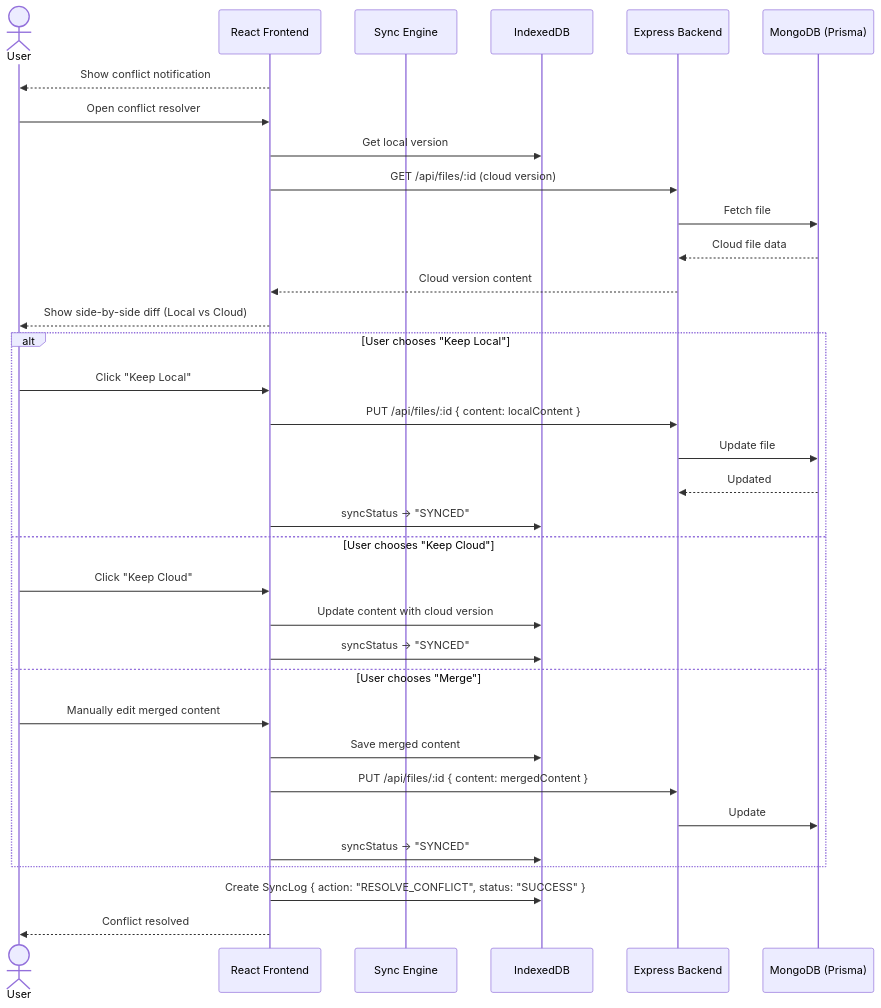
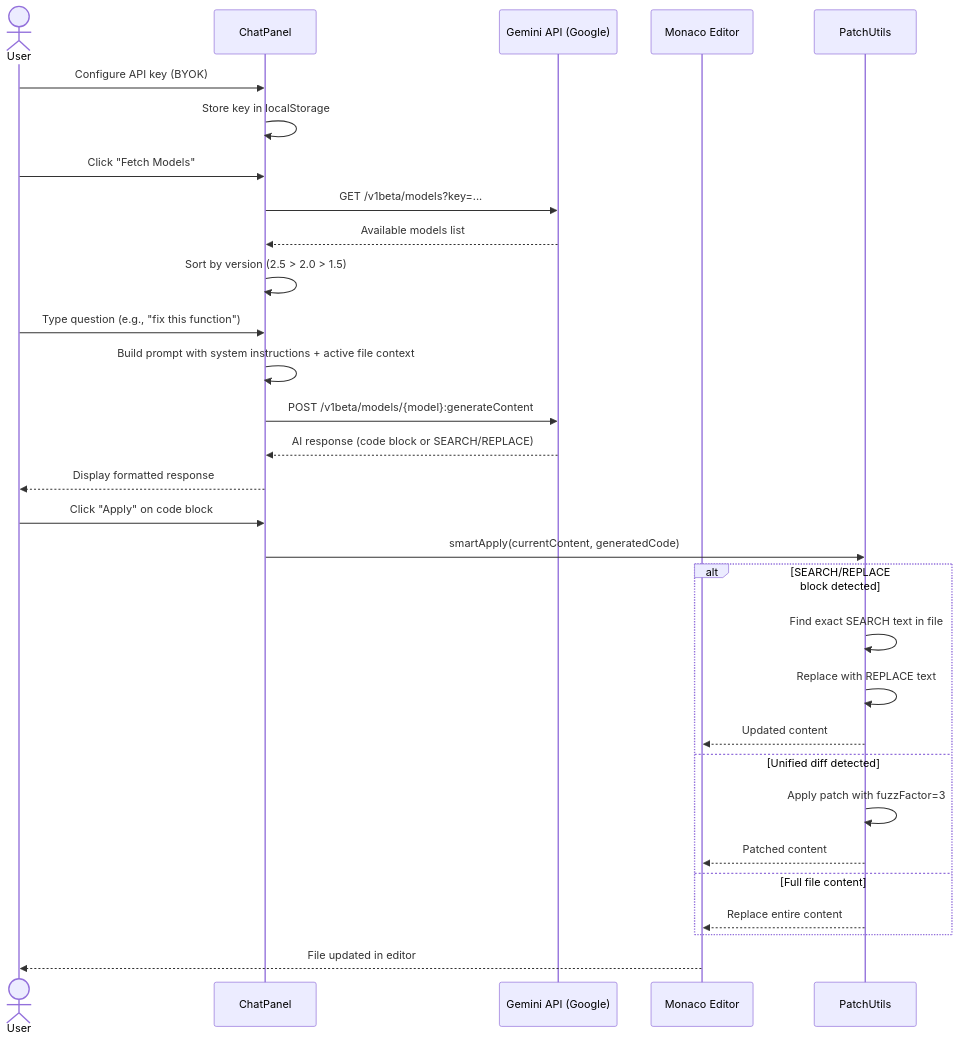
The seventh of 10 diagrams in sequenceDiagram.md (codervipul775/Safar), drawn with Mermaid before and after one commit. The commit also changed other lines of this file and 3 other files, not shown here.

Commit message:
docs: update sequence diagrams to reflect authentication, file management, and synchronization workflows

````diff
--- a/sequenceDiagram.md
+++ b/sequenceDiagram.md
@@ -156,41 +194,37 @@
 ```mermaid
 sequenceDiagram
     actor User
-    participant UI as React Frontend
-    participant SE as Sync Engine
-    participant IDB as IndexedDB
-    participant API as Express Backend
-    participant DB as MongoDB (Prisma)
+    participant Chat as ChatPanel
+    participant Gemini as Gemini API (Google)
+    participant Editor as Monaco Editor
+    participant Patch as PatchUtils
 
-    UI-->>User: Show conflict notification
-    User->>UI: Open conflict resolver
+    User->>Chat: Configure API key (BYOK)
+    Chat->>Chat: Store key in localStorage
+    User->>Chat: Click "Fetch Models"
+    Chat->>Gemini: GET /v1beta/models?key=...
+    Gemini-->>Chat: Available models list
+    Chat->>Chat: Sort by version (2.5 > 2.0 > 1.5)
 
-    UI->>IDB: Get local version
-    UI->>API: GET /api/files/:id (cloud version)
-    API->>DB: Fetch file
-    DB-->>API: Cloud file data
-    API-->>UI: Cloud version content
+    User->>Chat: Type question (e.g., "fix this function")
+    Chat->>Chat: Build prompt with system instructions + active file context
+    Chat->>Gemini: POST /v1beta/models/{model}:generateContent
+    Gemini-->>Chat: AI response (code block or SEARCH/REPLACE)
+    Chat-->>User: Display formatted response
 
-    UI-->>User: Show side-by-side diff (Local vs Cloud)
+    User->>Chat: Click "Apply" on code block
+    Chat->>Patch: smartApply(currentContent, generatedCode)
 
-    alt User chooses "Keep Local"
-        User->>UI: Click "Keep Local"
-        UI->>API: PUT /api/files/:id { content: localContent }
-        API->>DB: Update file
-        DB-->>API: Updated
-        UI->>IDB: syncStatus → "SYNCED"
-    else User chooses "Keep Cloud"
-        User->>UI: Click "Keep Cloud"
-        UI->>IDB: Update content with cloud version
-        UI->>IDB: syncStatus → "SYNCED"
-    else User chooses "Merge"
-        User->>UI: Manually edit merged content
-        UI->>IDB: Save merged content
-        UI->>API: PUT /api/files/:id { content: mergedContent }
-        API->>DB: Update
-        UI->>IDB: syncStatus → "SYNCED"
+    alt SEARCH/REPLACE block detected
+        Patch->>Patch: Find exact SEARCH text in file
+        Patch->>Patch: Replace with REPLACE text
+        Patch-->>Editor: Updated content
+    else Unified diff detected
+        Patch->>Patch: Apply patch with fuzzFactor=3
+        Patch-->>Editor: Patched content
+    else Full file content
+        Patch-->>Editor: Replace entire content
     end
 
-    UI->>IDB: Create SyncLog { action: "RESOLVE_CONFLICT", status: "SUCCESS" }
-    UI-->>User: Conflict resolved
+    Editor-->>User: File updated in editor
 ```
````
